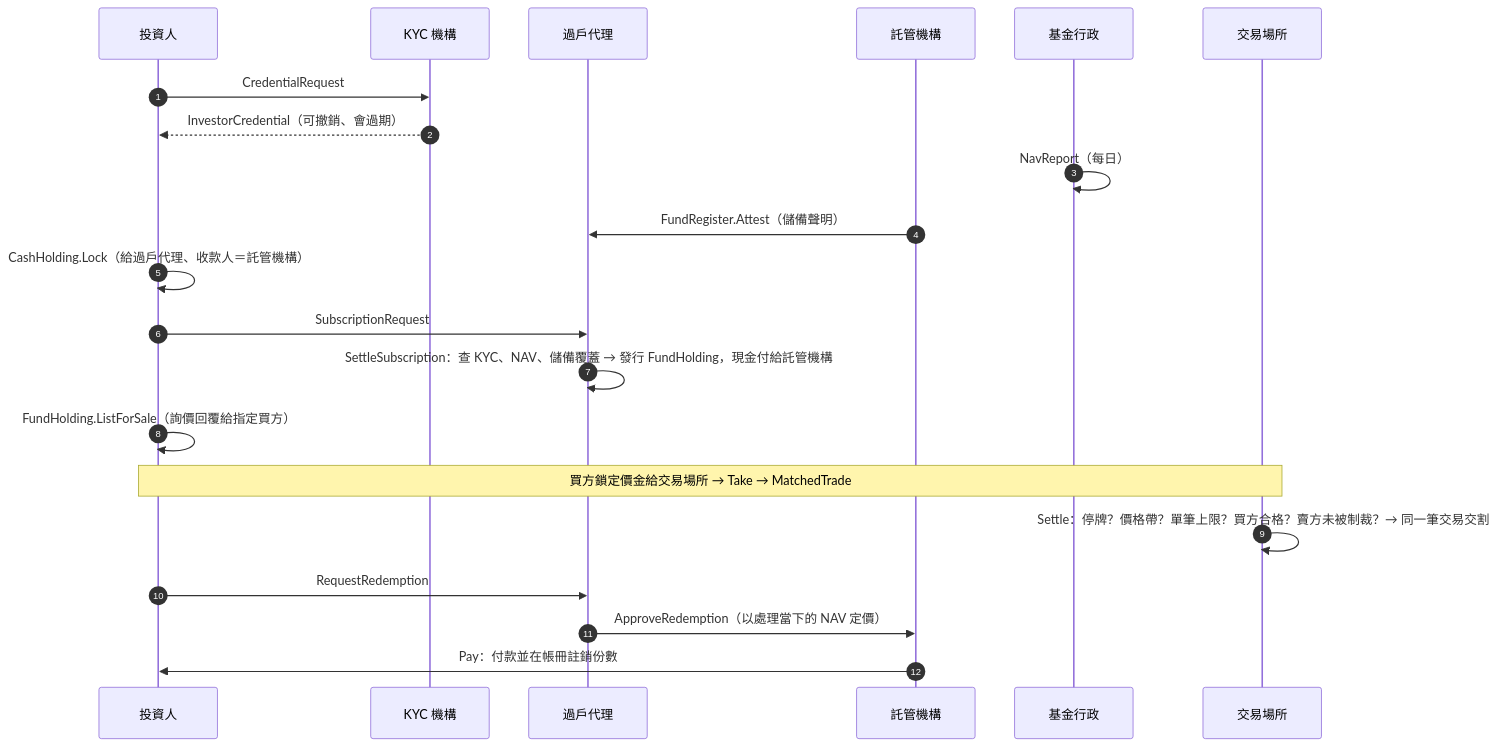
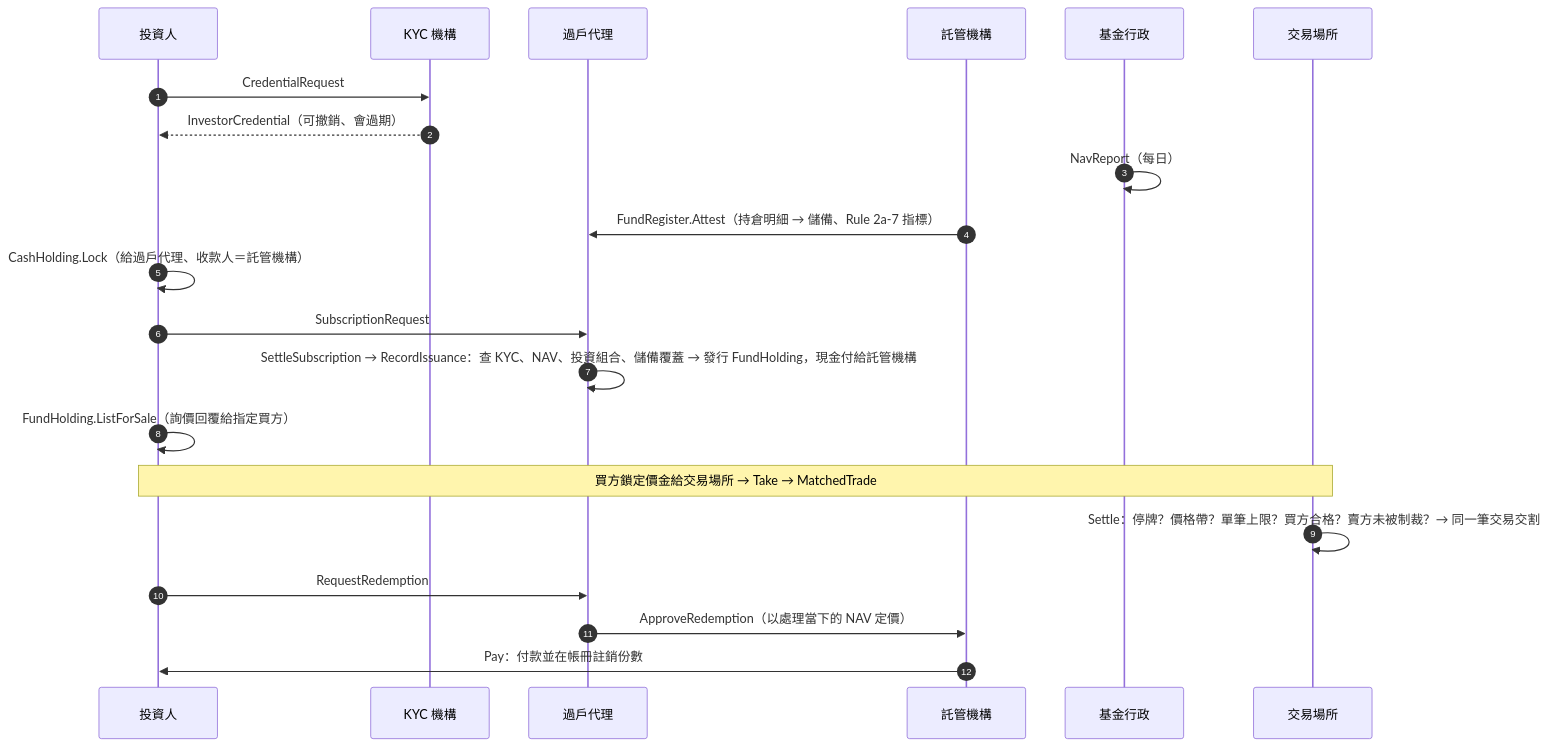
Before and after one commit to zuemen/ZuecanRWAton: the diagram in README.md, drawn with Mermaid. The commit also changed other lines of this file and 18 other files, not shown here.

````diff
--- a/README.md
+++ b/README.md
@@ -43,23 +44,23 @@
 ```mermaid
 sequenceDiagram
   autonumber
   participant I as 投資人
   participant K as KYC 機構
   participant TA as 過戶代理
   participant C as 託管機構
   participant N as 基金行政
   participant V as 交易場所
   I->>K: CredentialRequest
   K-->>I: InvestorCredential（可撤銷、會過期）
   N->>N: NavReport（每日）
-  C->>TA: FundRegister.Attest（儲備聲明）
+  C->>TA: FundRegister.Attest（持倉明細 → 儲備、Rule 2a-7 指標）
   I->>I: CashHolding.Lock（給過戶代理、收款人＝託管機構）
   I->>TA: SubscriptionRequest
-  TA->>TA: SettleSubscription：查 KYC、NAV、儲備覆蓋 → 發行 FundHolding，現金付給託管機構
+  TA->>TA: SettleSubscription → RecordIssuance：查 KYC、NAV、投資組合、儲備覆蓋 → 發行 FundHolding，現金付給託管機構
   I->>I: FundHolding.ListForSale（詢價回覆給指定買方）
   Note over I,V: 買方鎖定價金給交易場所 → Take → MatchedTrade
   V->>V: Settle：停牌？價格帶？單筆上限？買方合格？賣方未被制裁？→ 同一筆交易交割
   I->>TA: RequestRedemption
   TA->>C: ApproveRedemption（以處理當下的 NAV 定價）
   C->>I: Pay：付款並在帳冊註銷份數
 ```
````
